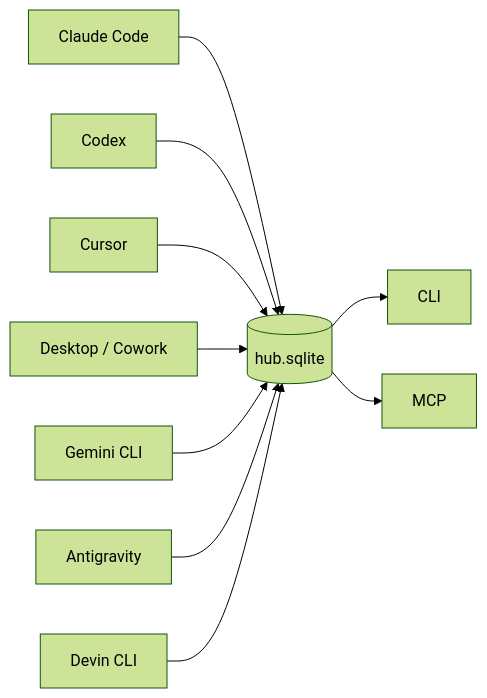
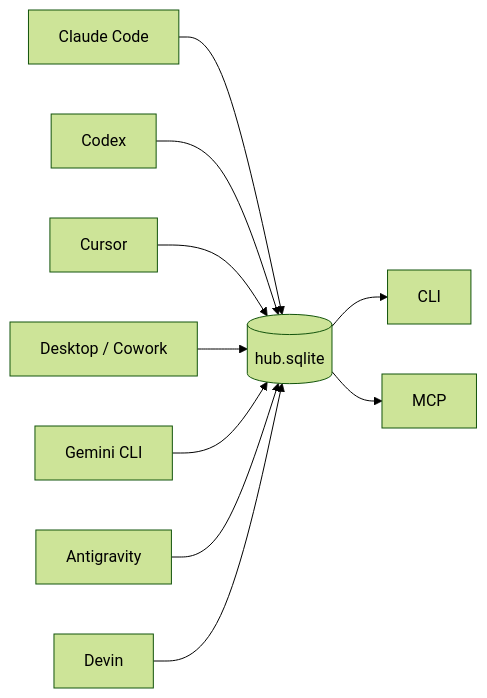
The diagram in README.hu.md (arlinamid/centered-agent-memory), drawn with Mermaid (forest theme) before and after one commit. The commit also changed other lines of this file and 25 other files, not shown here.

````diff
--- a/README.hu.md
+++ b/README.hu.md
@@ -51,12 +51,12 @@
 ```mermaid
 flowchart LR
   A[Claude Code] --> H[(hub.sqlite)]
   B[Codex] --> H
   C[Cursor] --> H
   D[Desktop / Cowork] --> H
   E[Gemini CLI] --> H
   F[Antigravity] --> H
-  G[Devin CLI] --> H
+  G[Devin] --> H
   H --> CLI
   H --> MCP
 ```
````
